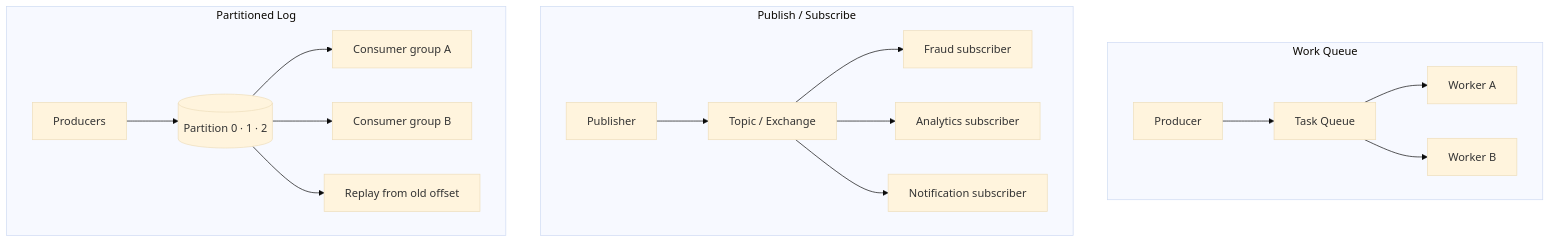
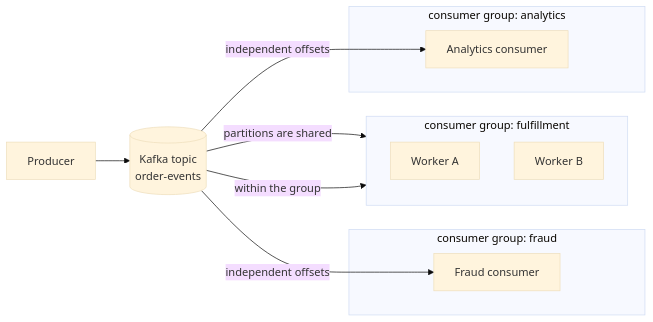
One commit to CurryTang/mlphdinterview changed the third of 9 diagrams in notes/SystemDesign/SystemDesign07 Async Messaging Systems.md. Above: the diagram before and after it, drawn with Mermaid (base theme). The commit also changed other lines of this file, not shown here.

Commit message:
Clarify Kafka queue and pub-sub semantics

````diff
--- a/notes/SystemDesign/SystemDesign07 Async Messaging Systems.md
+++ b/notes/SystemDesign/SystemDesign07 Async Messaging Systems.md
@@ -250,22 +301,23 @@
 ```mermaid
-flowchart TB
-    subgraph WQ[Work Queue]
-      P1[Producer] --> Q1[Task Queue]
-      Q1 --> A1[Worker A]
-      Q1 --> B1[Worker B]
+flowchart LR
+    P[Producer] --> T[(Kafka topic<br/>order-events)]
+
+    subgraph G1[consumer group: fulfillment]
+      direction TB
+      W1[Worker A]
+      W2[Worker B]
     end
 
-    subgraph PS[Publish / Subscribe]
-      P2[Publisher] --> T2[Topic / Exchange]
-      T2 --> A2[Fraud subscriber]
-      T2 --> B2[Analytics subscriber]
-      T2 --> C2[Notification subscriber]
+    subgraph G2[consumer group: fraud]
+      F1[Fraud consumer]
     end
 
-    subgraph LOG[Partitioned Log]
-      P3[Producers] --> L3[(Partition 0 · 1 · 2)]
-      L3 --> G1[Consumer group A]
-      L3 --> G2[Consumer group B]
-      L3 --> R3[Replay from old offset]
+    subgraph G3[consumer group: analytics]
+      A1[Analytics consumer]
     end
+
+    T -->|partitions are shared| W1
+    T -->|within the group| W2
+    T -->|independent offsets| F1
+    T -->|independent offsets| A1
 ```
````
